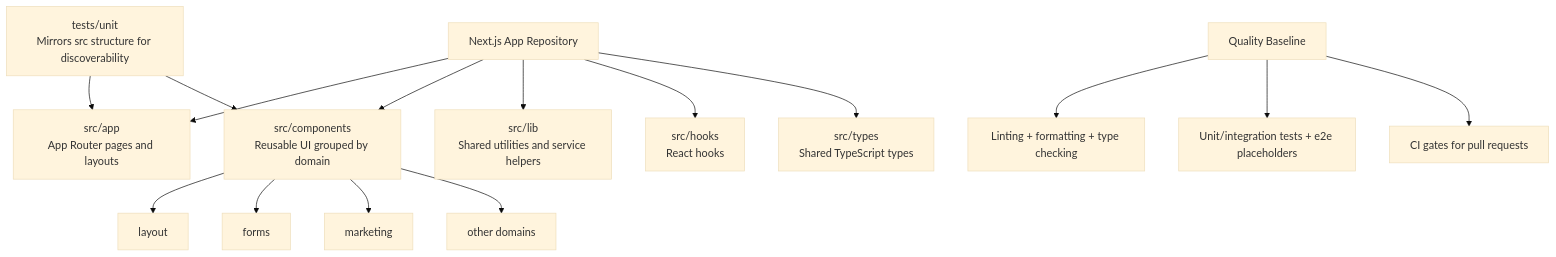
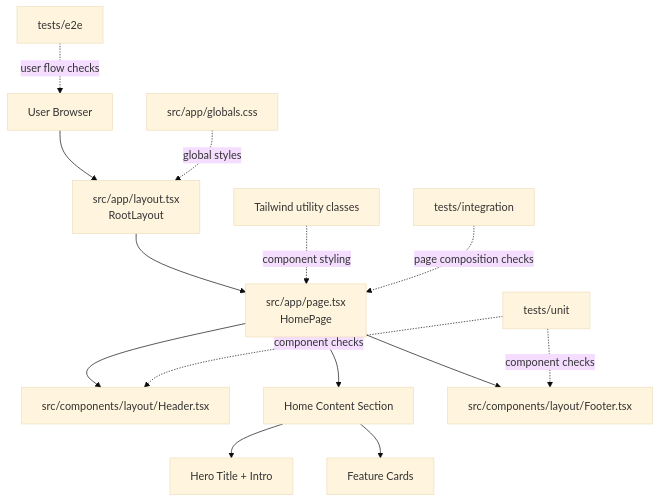
The diagram in docs/architecture.md (hajareshyam/nextjs-agentic-starter), drawn with Mermaid (base theme) before and after one commit. The commit also changed other lines of this file and 3 other files, not shown here.

Commit message:
work on flow

````diff
--- a/docs/architecture.md
+++ b/docs/architecture.md
@@ -7,23 +7,20 @@
 ```mermaid
-flowchart TB
-    A[Next.js App Repository]
+flowchart TD
+    A[User Browser] --> B[src/app/layout.tsx<br/>RootLayout]
+    B --> C[src/app/page.tsx<br/>HomePage]
 
-    A --> B[src/app<br/>App Router pages and layouts]
-    A --> C[src/components<br/>Reusable UI grouped by domain]
-    A --> D[src/lib<br/>Shared utilities and service helpers]
-    A --> E[src/hooks<br/>React hooks]
-    A --> F[src/types<br/>Shared TypeScript types]
+    C --> D[src/components/layout/Header.tsx]
+    C --> E[Home Content Section]
+    C --> F[src/components/layout/Footer.tsx]
 
-    C --> C1[layout]
-    C --> C2[forms]
-    C --> C3[marketing]
-    C --> C4[other domains]
+    E --> E1[Hero Title + Intro]
+    E --> E2[Feature Cards]
 
-    G[tests/unit<br/>Mirrors src structure for discoverability] --> B
-    G --> C
+    G[src/app/globals.css] -.global styles.-> B
+    H[Tailwind utility classes] -.component styling.-> C
 
-    H[Quality Baseline]
-    H --> H1[Linting + formatting + type checking]
-    H --> H2[Unit/integration tests + e2e placeholders]
-    H --> H3[CI gates for pull requests]
+    I[tests/unit] -.component checks.-> D
+    I -.component checks.-> F
+    J[tests/integration] -.page composition checks.-> C
+    K[tests/e2e] -.user flow checks.-> A
 ```
````
